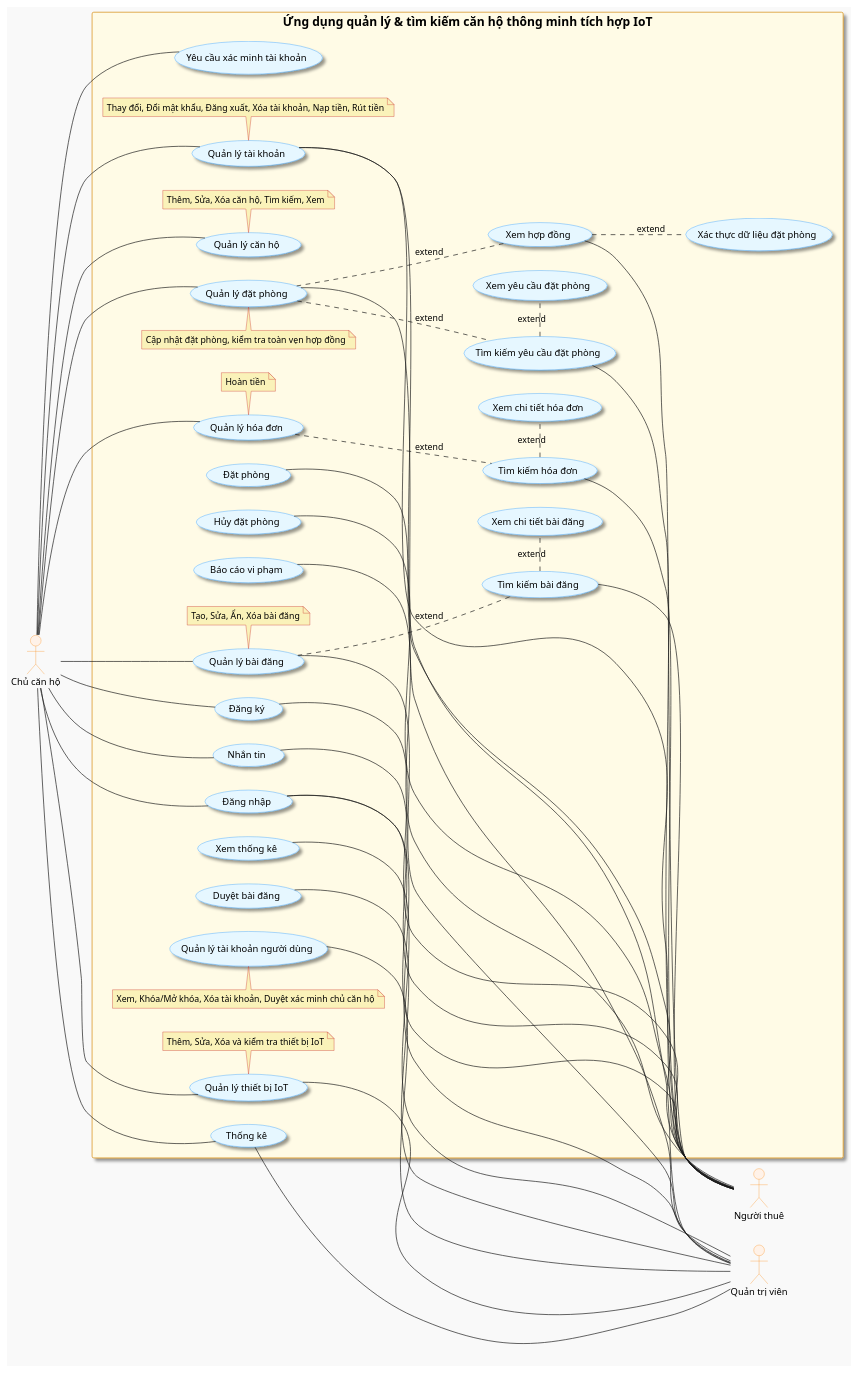
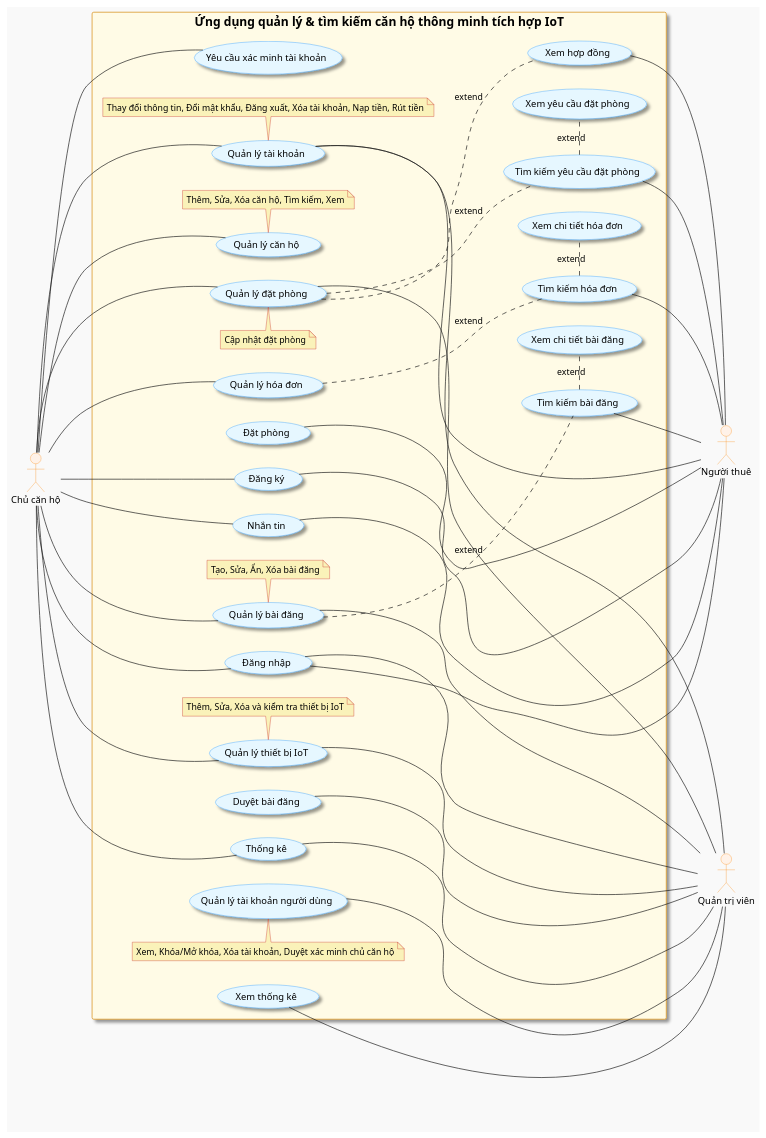
The diagram in diagrams/usecase.puml (nho-moi-so/quan-ly-tim-kiem-phong-tro), drawn with PlantUML before and after one commit. The commit also changed 17 other files, not shown here.

Commit message:
feat: update class and use case diagrams, enhance apartment service, and improve status handling in UI components

```diff
--- a/diagrams/usecase.puml
+++ b/diagrams/usecase.puml
@@ -2,148 +2,148 @@
 @startuml usecase-diagram
 skinparam shadowing false
 skinparam backgroundColor #f9f9f9
 skinparam usecase {
     BackgroundColor #e6f7ff
     BorderColor #1890ff
     FontColor #000000
     FontSize 14
     Shadowing true
 }
 skinparam actor {
     BackgroundColor #fff2e8
     BorderColor #fa8c16
     FontColor #000000
     FontSize 14
 }
 skinparam rectangle {
     BackgroundColor #fffbe6
     BorderColor #d48806
     FontColor #000000
     FontSize 18
     Shadowing true
 }
 skinparam note{
     BackgroundColor #faf2b9
     BorderColor #c51c1c
 }
 left to right direction
 
 actor "Quản trị viên" as Admin
 actor "Người thuê" as Guest
 actor "Chủ căn hộ" as Owner
 
 rectangle "Ứng dụng quản lý & tìm kiếm căn hộ thông minh tích hợp IoT"{
 ' Các chức năng của Chủ căn hộ
 ' usecase "Đăng xuất" as logout
 usecase "Đăng nhập" as login
 usecase "Đăng ký" as register
 usecase "Quản lý tài khoản" as manage_account
-note bottom of manage_account: Thay đổi, Đổi mật khẩu, Đăng xuất, Xóa tài khoản, Nạp tiền, Rút tiền
+note bottom of manage_account: Thay đổi thông tin, Đổi mật khẩu, Đăng xuất, Xóa tài khoản, Nạp tiền, Rút tiền
 usecase "Yêu cầu xác minh tài khoản" as request_owner_verification
 
 usecase "Quản lý căn hộ" as manage_apartment
 note bottom of manage_apartment: Thêm, Sửa, Xóa căn hộ, Tìm kiếm, Xem
 ' usecase "Kết nối khóa cửa IoT" as connect_iot_lock
 ' manage_apartment .. connect_iot_lock: extend
 
 usecase "Quản lý đặt phòng" as manage_booking
-note top of manage_booking: Cập nhật đặt phòng, kiểm tra toàn vẹn hợp đồng
+note top of manage_booking: Cập nhật đặt phòng
 usecase "Xem hợp đồng" as view_booking_contract
 manage_booking .. view_booking_contract: extend
 usecase "Quản lý hóa đơn" as manage_invoice
-note bottom of manage_invoice: Hoàn tiền
+' note bottom of manage_invoice: Hoàn tiền
 usecase "Quản lý bài đăng" as manage_post
 note bottom of manage_post: Tạo, Sửa, Ẩn, Xóa bài đăng
 usecase "Nhắn tin" as messaging
 usecase "Thống kê" as statistics
-usecase "Xác thực dữ liệu đặt phòng" as verify_booking_data
-view_booking_contract .. verify_booking_data: extend
+' usecase "Xác thực dữ liệu đặt phòng" as verify_booking_data
+' view_booking_contract .. verify_booking_data: extend
 
 ' Các chức năng của Người thuê
 ' usecase "Quản lý tài khoản" as manage_account
 ' usecase "Đăng xuất" as logout
 ' usecase "Đăng nhập" as login
 ' usecase "Đăng ký" as register
 ' usecase "Tìm kiếm căn hộ" as search_apartment
 ' usecase "Xem chi tiết căn hộ" as view_apartment_details
 ' manage_apartment .. search_apartment: extend
 ' search_apartment . view_apartment_details: extend
 
 usecase "Đặt phòng" as book_apartment
-usecase "Hủy đặt phòng" as cancel_booking
+' usecase "Hủy đặt phòng" as cancel_booking
 
 usecase "Tìm kiếm yêu cầu đặt phòng" as search_booking
 manage_booking .. search_booking: extend
 usecase "Xem yêu cầu đặt phòng" as view_booking_requests
 search_booking . view_booking_requests: extend
 
 
 usecase "Tìm kiếm hóa đơn" as search_invoices
 manage_invoice .. search_invoices: extend
 usecase "Xem chi tiết hóa đơn" as view_invoice_details
 search_invoices . view_invoice_details: extend
 usecase "Tìm kiếm bài đăng" as search_posts
 manage_post .. search_posts: extend
 usecase "Xem chi tiết bài đăng" as view_post_details
 search_posts . view_post_details: extend
 ' usecase "Nhắn tin" as messaging
 
-usecase "Báo cáo vi phạm" as report_violation
+' usecase "Báo cáo vi phạm" as report_violation
 
 ' Các chức năng của Quản trị viên
 usecase "Quản lý tài khoản người dùng" as manage_user_accounts
 note top of manage_user_accounts: Xem, Khóa/Mở khóa, Xóa tài khoản, Duyệt xác minh chủ căn hộ
 ' usecase "Đăng xuất" as logout
 ' usecase "Đăng nhập" as login
 ' usecase "Đổi mật khẩu" as change_password
 ' manage_account .. change_password: extend
 'usecase "Quản lý bài đăng" as manage_post
 usecase "Duyệt bài đăng" as approve_posts
 ' usecase "Thống kê" as statistics
 usecase "Xem thống kê" as view_statistics
 usecase "Quản lý thiết bị IoT" as manage_iot_devices
 note bottom of manage_iot_devices: Thêm, Sửa, Xóa và kiểm tra thiết bị IoT
 
 ' nối các usecase
 'Chủ căn hộ
 (Owner) -- (login)
 (Owner) -- (register)
 (Owner) -- (manage_account)
 (request_owner_verification) - (Owner)
 (Owner) -- (manage_apartment)
 (Owner) -- (manage_booking)
 (Owner) -- (manage_invoice)
 (Owner) -- (manage_post)
 (Owner) -- (messaging)
 (Owner) -- (statistics)
 (Owner) -- (manage_iot_devices)
 
 
 'Người thuê
 (register) - (Guest)
 (login) - (Guest)
 (manage_account) -- (Guest)
 (search_posts) -- (Guest)
 (book_apartment) - (Guest)
-(cancel_booking) - (Guest)
+' (cancel_booking) - (Guest)
 (search_booking) -- (Guest)
 (search_invoices) -- (Guest)
 (view_booking_contract) -- (Guest)
 (messaging) - (Guest)
-(report_violation) - (Guest)
+' (report_violation) - (Guest)
 
 'Quản trị viên
 (login) --- (Admin)
 (manage_user_accounts) - (Admin)
 (manage_account) -- (Admin)
 (manage_post) -- (Admin)
 (approve_posts) - (Admin)
 ' (change_password) -- (Admin)
 (statistics) - (Admin)
 (view_statistics) -- (Admin)
 (manage_iot_devices) - (Admin)
 (manage_booking) -- (Admin)
 
 
 }
 @enduml
```
